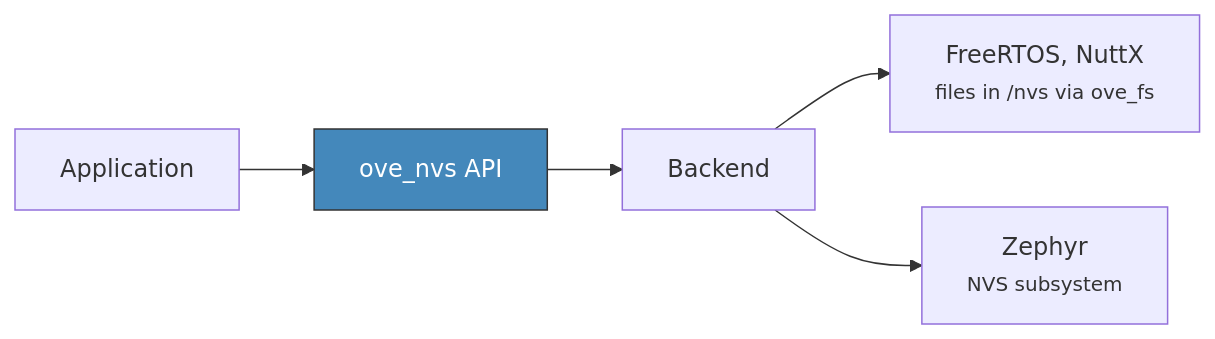
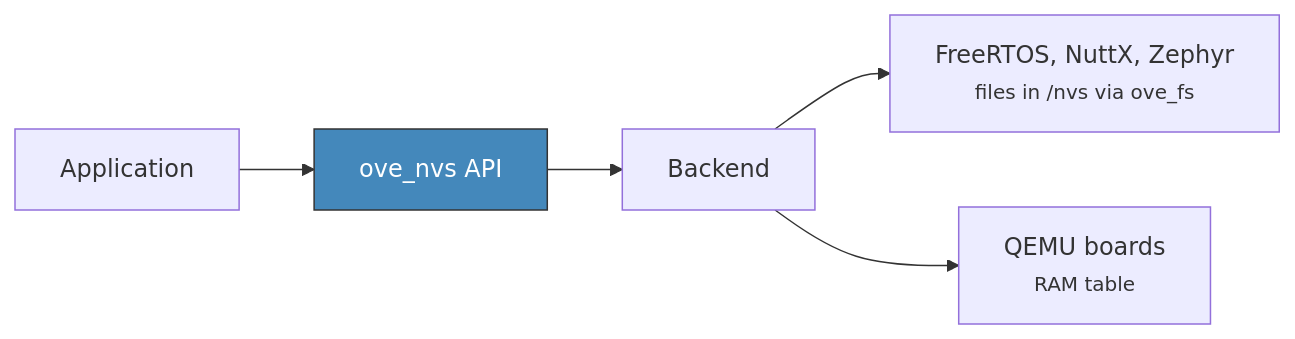
One commit to Varcain/oveRTOS changed the diagram in docs-site/docs/api/nvs.md. Above: the diagram before and after it, drawn with Mermaid. The commit also changed other lines of this file and 8 other files, not shown here.

First line of the commit message:
zephyr: keep NVS as files on the mounted volume

````diff
--- a/docs-site/docs/api/nvs.md
+++ b/docs-site/docs/api/nvs.md
@@ -7,9 +7,9 @@
 ```mermaid
 graph LR
     APP["Application"] --> API["ove_nvs API"]
     API --> BE["Backend"]
-    BE --> Files["FreeRTOS, NuttX<br/><small>files in /nvs via ove_fs</small>"]
-    BE --> Zephyr["Zephyr<br/><small>NVS subsystem</small>"]
+    BE --> Files["FreeRTOS, NuttX, Zephyr<br/><small>files in /nvs via ove_fs</small>"]
+    BE --> RAM["QEMU boards<br/><small>RAM table</small>"]
 
     style API fill:#48b,stroke:#333,color:#fff
 ```
````
